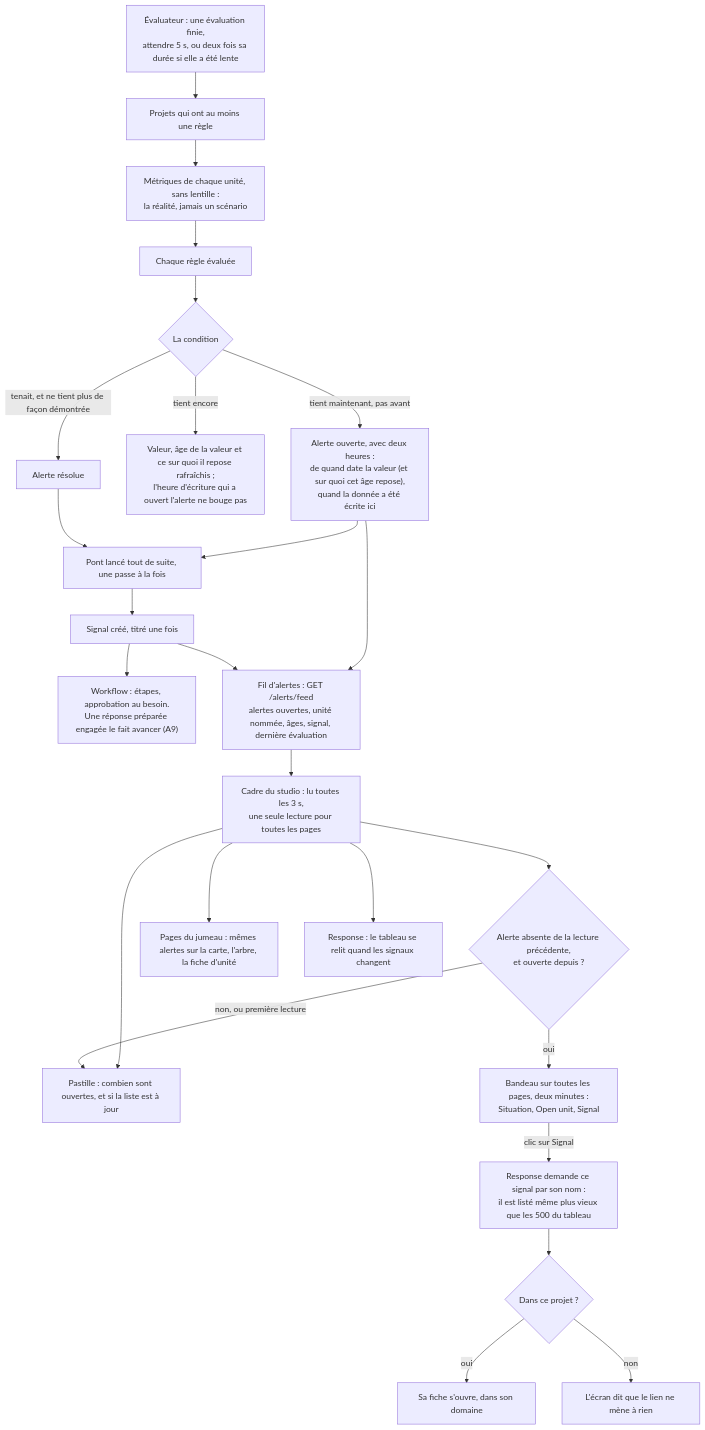
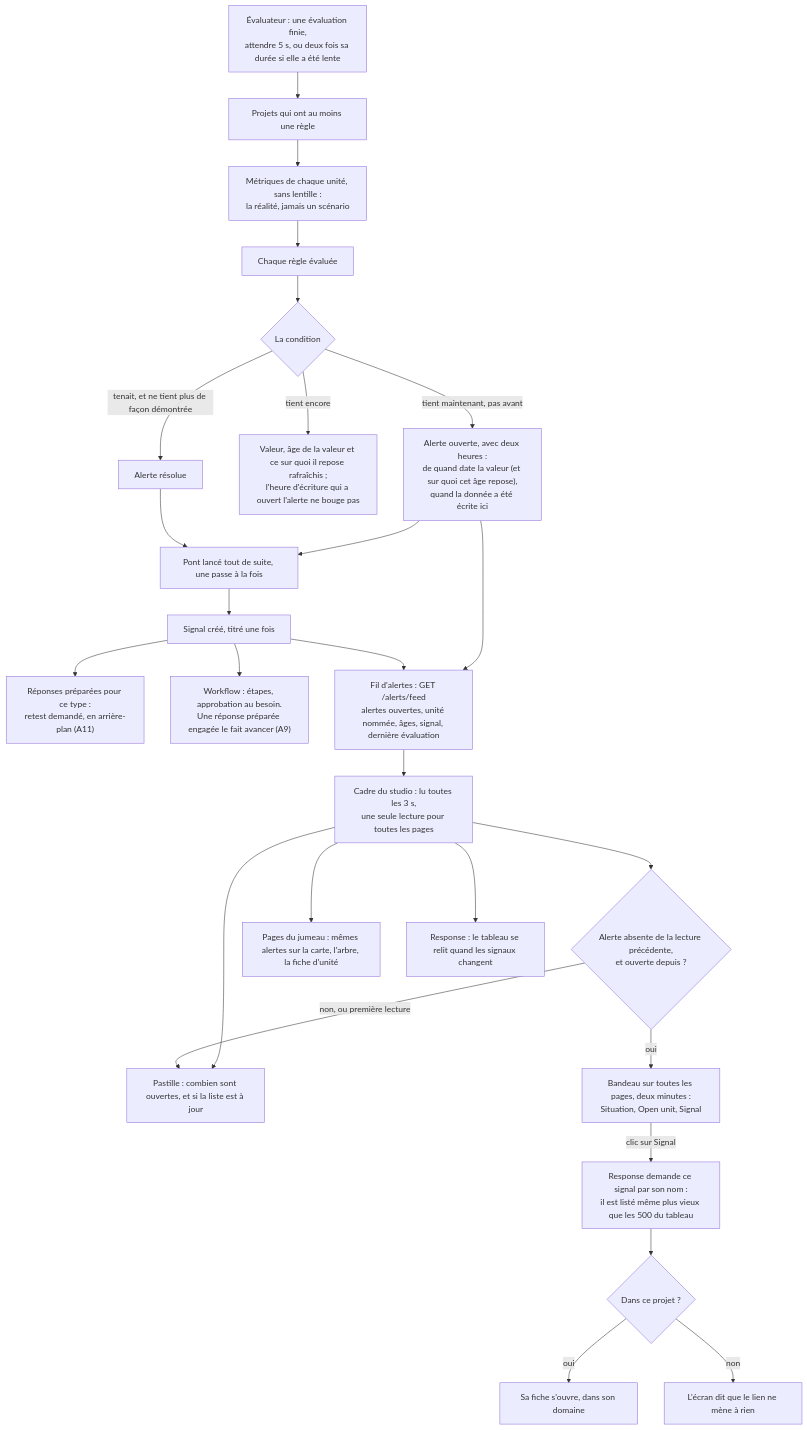
Before and after one commit to V1ktor7/obscyro: diagram 29 of 33 in docs/algorithms.md, drawn with Mermaid. The commit also changed other lines of this file and 28 other files, not shown here.

````diff
--- a/docs/algorithms.md
+++ b/docs/algorithms.md
@@ -838,27 +900,28 @@
 ```mermaid
 flowchart TD
     A["Évaluateur : une évaluation finie,<br/>attendre 5 s, ou deux fois sa durée si elle a été lente"] --> B["Projets qui ont au moins une règle"]
     B --> C["Métriques de chaque unité, sans lentille :<br/>la réalité, jamais un scénario"]
     C --> D["Chaque règle évaluée"]
     D --> E{"La condition"}
     E -->|"tient maintenant, pas avant"| F["Alerte ouverte, avec deux heures :<br/>de quand date la valeur (et sur quoi cet âge repose),<br/>quand la donnée a été écrite ici"]
     E -->|"tient encore"| F2["Valeur, âge de la valeur et ce sur quoi il repose rafraîchis ;<br/>l'heure d'écriture qui a ouvert l'alerte ne bouge pas"]
     E -->|"tenait, et ne tient plus de façon démontrée"| G["Alerte résolue"]
     F --> H["Pont lancé tout de suite, une passe à la fois"]
     G --> H
     H --> I["Signal créé, titré une fois"]
+    I --> I2["Réponses préparées pour ce type :<br/>retest demandé, en arrière-plan (A11)"]
     I --> J["Workflow : étapes, approbation au besoin.<br/>Une réponse préparée engagée le fait avancer (A9)"]
     F --> K["Fil d'alertes : GET /alerts/feed<br/>alertes ouvertes, unité nommée, âges, signal, dernière évaluation"]
     I --> K
     K --> L["Cadre du studio : lu toutes les 3 s,<br/>une seule lecture pour toutes les pages"]
     L --> M["Pastille : combien sont ouvertes, et si la liste est à jour"]
     L --> N{"Alerte absente de la lecture précédente,<br/>et ouverte depuis ?"}
     N -->|"oui"| O["Bandeau sur toutes les pages, deux minutes :<br/>Situation, Open unit, Signal"]
     N -->|"non, ou première lecture"| M
     L --> P["Pages du jumeau : mêmes alertes sur la carte, l'arbre, la fiche d'unité"]
     L --> Q["Response : le tableau se relit quand les signaux changent"]
     O -->|"clic sur Signal"| R["Response demande ce signal par son nom :<br/>il est listé même plus vieux que les 500 du tableau"]
     R --> S{"Dans ce projet ?"}
     S -->|"oui"| T["Sa fiche s'ouvre, dans son domaine"]
     S -->|"non"| U["L'écran dit que le lien ne mène à rien"]
 ```
````
